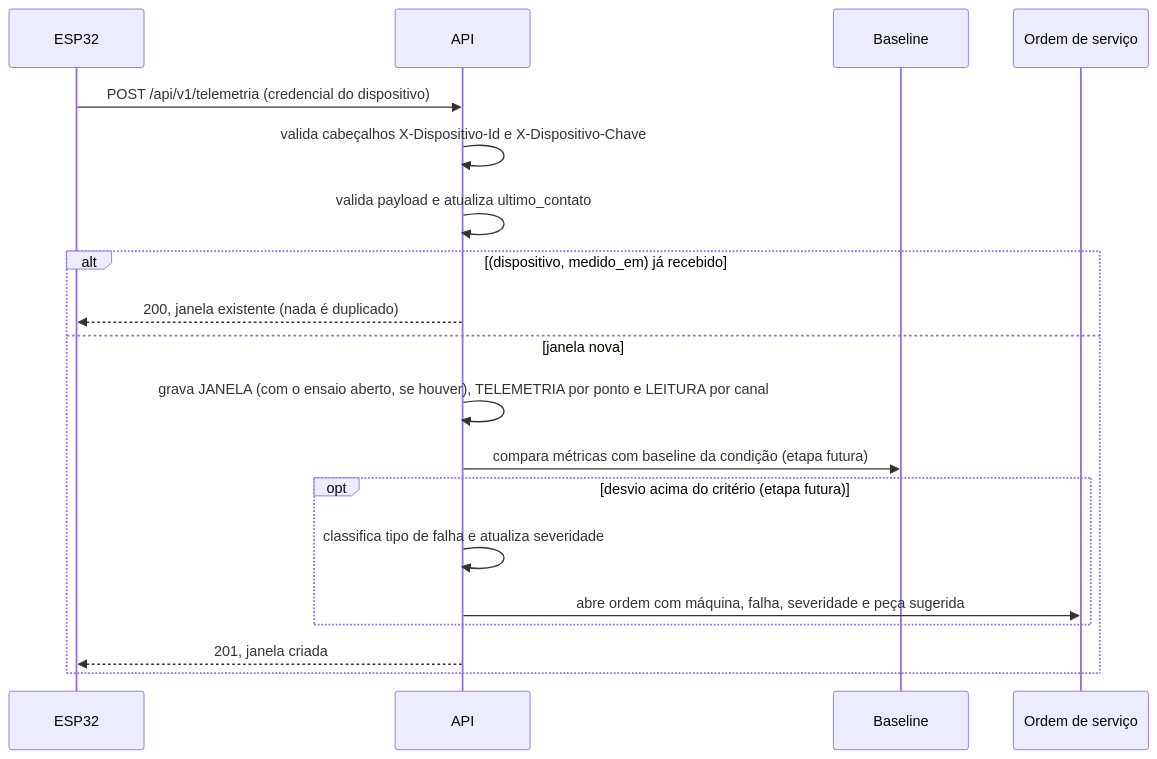
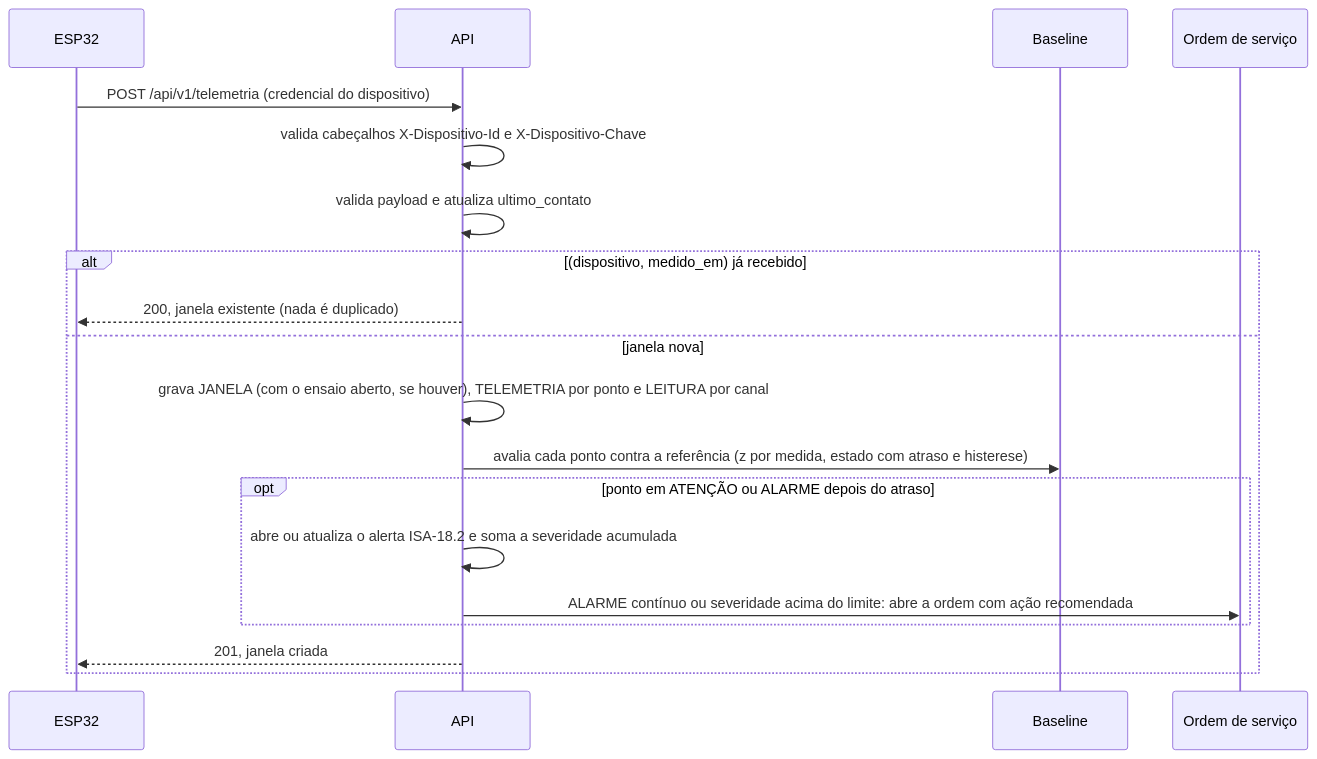
One commit to Leo5300/predictspin changed the second of 3 diagrams in docs/arquitetura.md. Above: the diagram before and after it, drawn with Mermaid. The commit also changed other lines of this file and 3 other files, not shown here.

First line of the commit message:
docs: alarmes, referência e OS (parte A) com roteiro de demonstração verificado

````diff
--- a/docs/arquitetura.md
+++ b/docs/arquitetura.md
@@ -96,21 +96,21 @@
 ```mermaid
 sequenceDiagram
     participant D as ESP32
     participant A as API
     participant B as Baseline
     participant O as Ordem de serviço
     D->>A: POST /api/v1/telemetria (credencial do dispositivo)
     A->>A: valida cabeçalhos X-Dispositivo-Id e X-Dispositivo-Chave
     A->>A: valida payload e atualiza ultimo_contato
     alt (dispositivo, medido_em) já recebido
         A-->>D: 200, janela existente (nada é duplicado)
     else janela nova
         A->>A: grava JANELA (com o ensaio aberto, se houver), TELEMETRIA por ponto e LEITURA por canal
-        A->>B: compara métricas com baseline da condição (etapa futura)
-        opt desvio acima do critério (etapa futura)
-            A->>A: classifica tipo de falha e atualiza severidade
-            A->>O: abre ordem com máquina, falha, severidade e peça sugerida
+        A->>B: avalia cada ponto contra a referência (z por medida, estado com atraso e histerese)
+        opt ponto em ATENÇÃO ou ALARME depois do atraso
+            A->>A: abre ou atualiza o alerta ISA-18.2 e soma a severidade acumulada
+            A->>O: ALARME contínuo ou severidade acima do limite: abre a ordem com ação recomendada
         end
         A-->>D: 201, janela criada
     end
 ```
````
